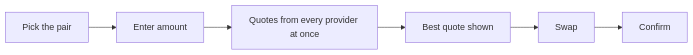
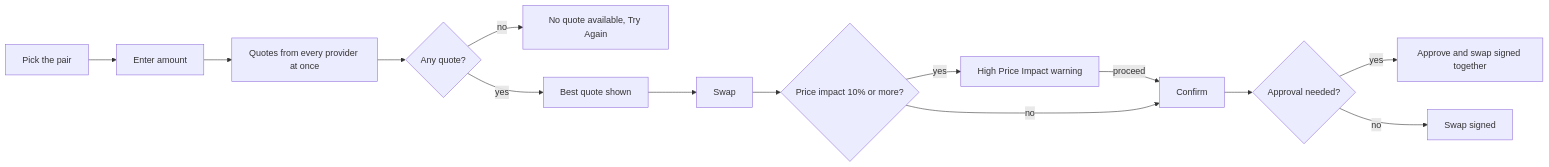
One commit to gemwalletcom/wallet changed the diagram in docs/product/swap.md. Above: the diagram before and after it, drawn with Mermaid. The commit also changed 10 other files, not shown here.

Commit message:
Extend the product diagrams with the decline, reject and failure branches

````diff
--- a/docs/product/swap.md
+++ b/docs/product/swap.md
@@ -5,4 +5,12 @@
 ```mermaid
 flowchart LR
-    A[Pick the pair] --> B[Enter amount] --> C[Quotes from every provider at once] --> D[Best quote shown] --> E[Swap] --> F[Confirm]
+    A[Pick the pair] --> B[Enter amount] --> C[Quotes from every provider at once] --> D{Any quote?}
+    D -- no --> E[No quote available, Try Again]
+    D -- yes --> F[Best quote shown] --> G[Swap] --> H{Price impact 10% or more?}
+    H -- yes --> I[High Price Impact warning]
+    I -- proceed --> J[Confirm]
+    H -- no --> J
+    J --> K{Approval needed?}
+    K -- yes --> L[Approve and swap signed together]
+    K -- no --> M[Swap signed]
 ```
````
